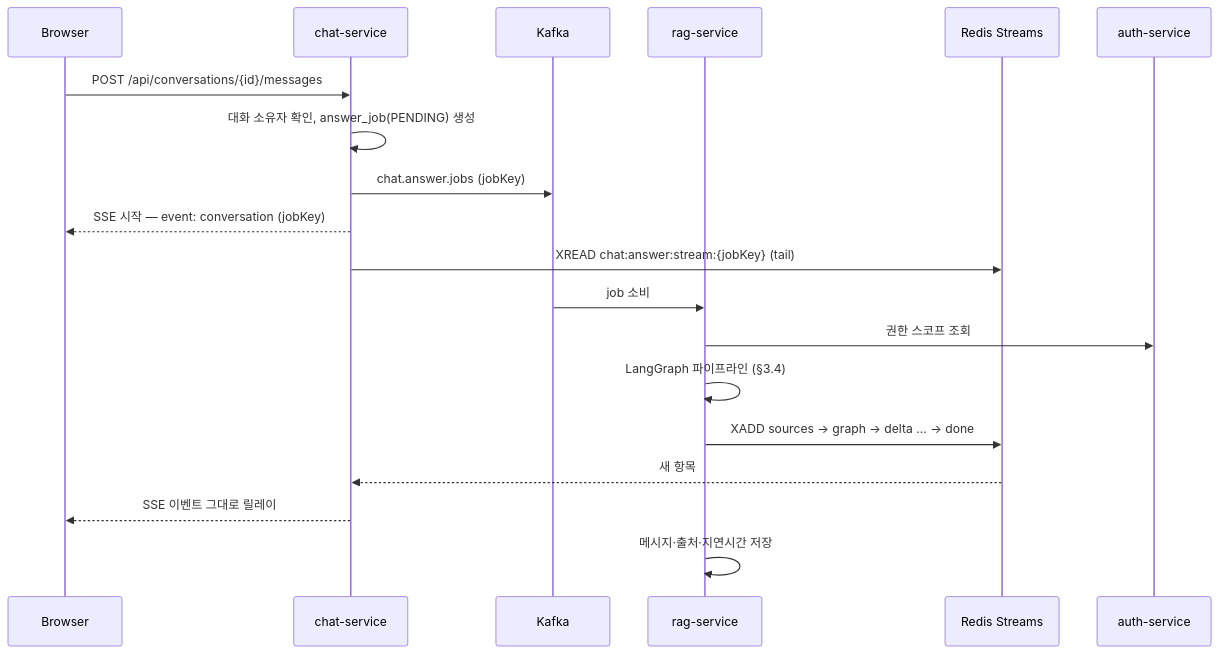
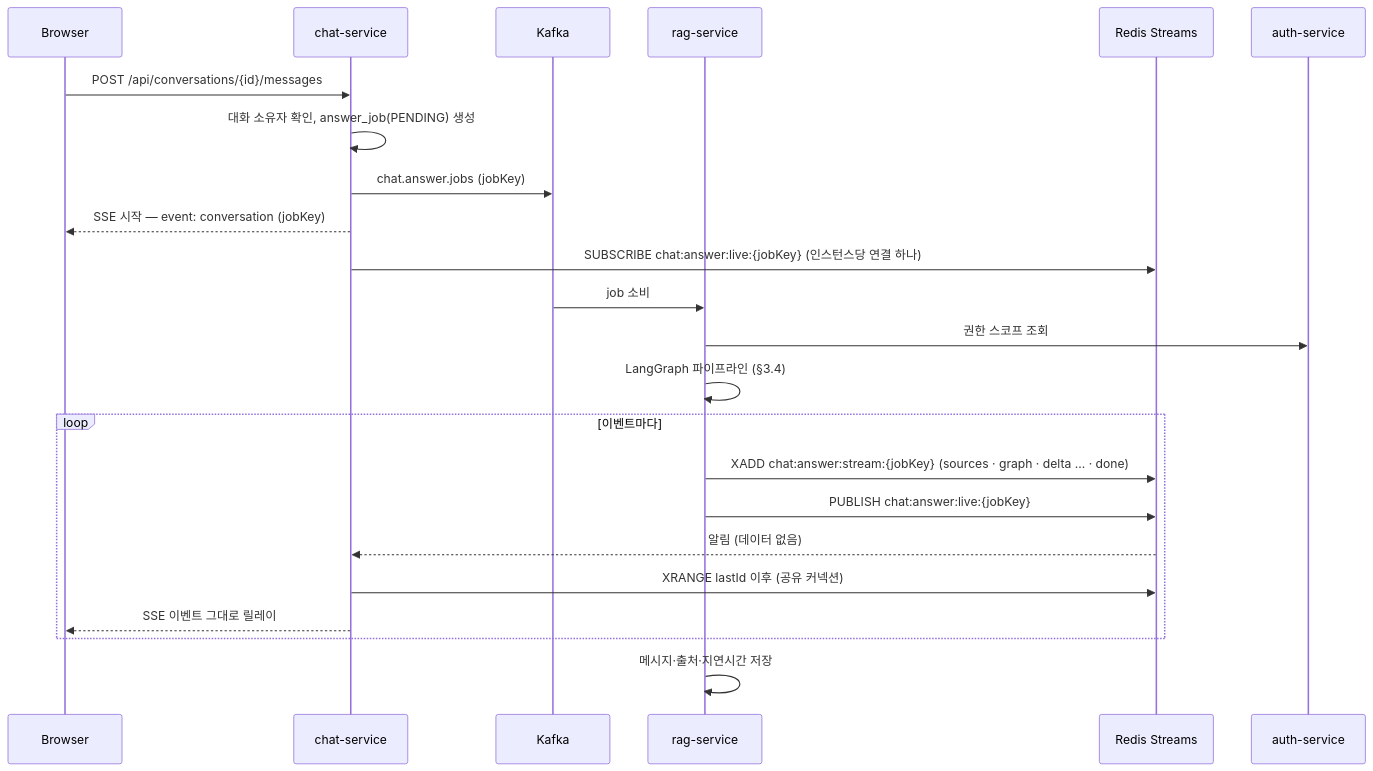
The fourth of 7 diagrams in docs/아키텍처_및_요청흐름.md (bbbbb0413/org-decision-history), drawn with Mermaid before and after one commit. The commit also changed other lines of this file and 191 other files, not shown here.

````diff
--- a/docs/아키텍처_및_요청흐름.md
+++ b/docs/아키텍처_및_요청흐름.md
@@ -159,23 +182,27 @@
 ```mermaid
 sequenceDiagram
     participant C as Browser
     participant CH as chat-service
     participant K as Kafka
     participant RG as rag-service
     participant R as Redis Streams
     participant A as auth-service
 
     C->>CH: POST /api/conversations/{id}/messages
     CH->>CH: 대화 소유자 확인, answer_job(PENDING) 생성
     CH->>K: chat.answer.jobs (jobKey)
     CH-->>C: SSE 시작 — event: conversation (jobKey)
-    CH->>R: XREAD chat:answer:stream:{jobKey} (tail)
+    CH->>R: SUBSCRIBE chat:answer:live:{jobKey} (인스턴스당 연결 하나)
 
     K->>RG: job 소비
     RG->>A: 권한 스코프 조회
     RG->>RG: LangGraph 파이프라인 (§3.4)
-    RG->>R: XADD sources → graph → delta … → done
-    R-->>CH: 새 항목
-    CH-->>C: SSE 이벤트 그대로 릴레이
+    loop 이벤트마다
+        RG->>R: XADD chat:answer:stream:{jobKey} (sources · graph · delta … · done)
+        RG->>R: PUBLISH chat:answer:live:{jobKey}
+        R-->>CH: 알림 (데이터 없음)
+        CH->>R: XRANGE lastId 이후 (공유 커넥션)
+        CH-->>C: SSE 이벤트 그대로 릴레이
+    end
     RG->>RG: 메시지·출처·지연시간 저장
 ```
````
